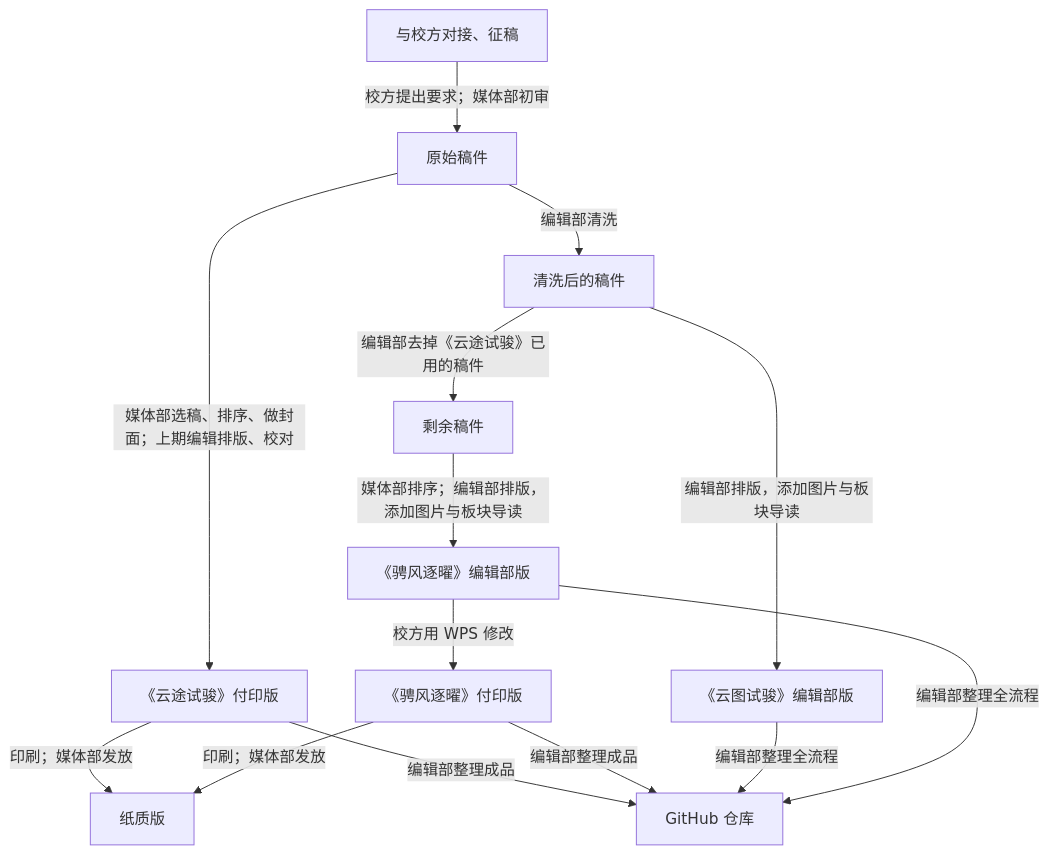
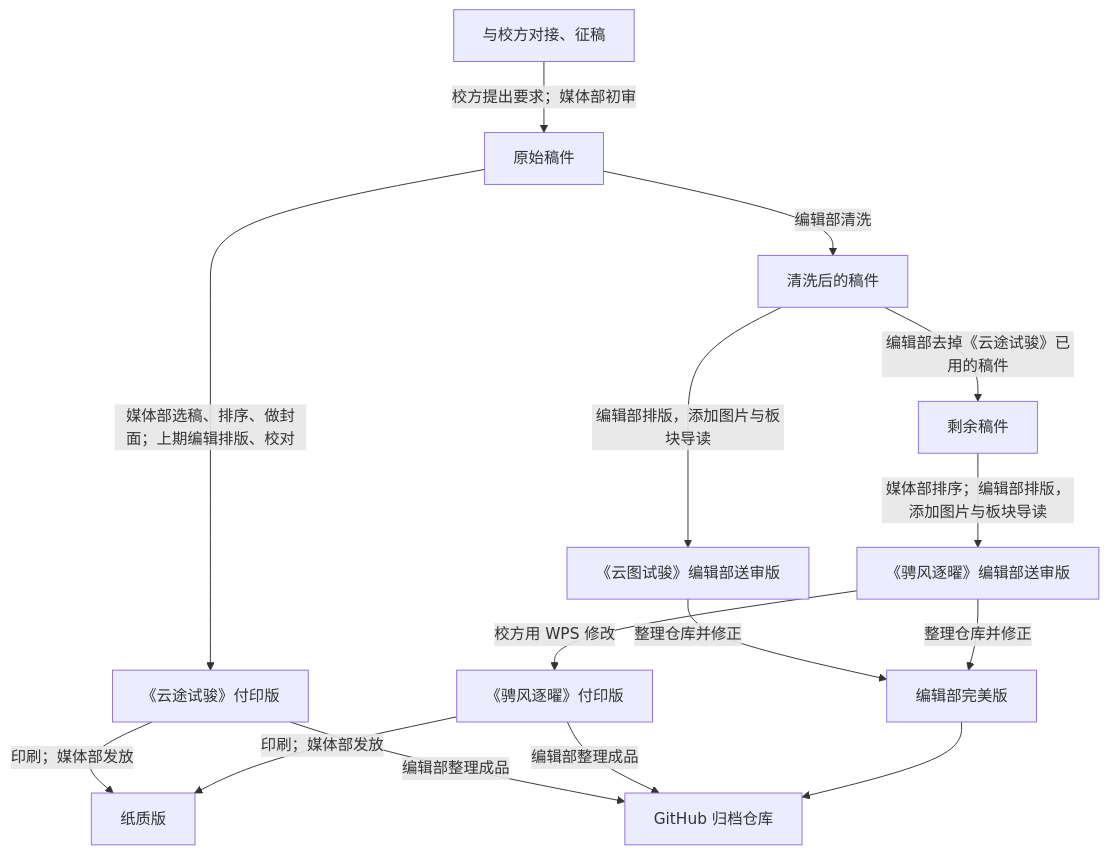
Before and after one commit to Yinzhou-High-School-Campus-Journal/Sports-Day-Issues-2026: the diagram in README.md, drawn with Mermaid. The commit also changed other lines of this file and 1 other file, not shown here.

Commit message:
Separate submitted and perfected editions; describe later corrections
- Flowchart: the editorial editions are now the submitted (送审版)
  versions; repository clean-up and corrections lead to the perfected
  edition (完美版), which goes into the GitHub archive with the print
  files.
- README: state when layout and print files were done, note that the
  later corrections mean the differences are not all the school's, and
  explain the shared articles by how issue 2 was selected.
- The issue 2 comparison lists differences without attributing each one.

Claude-Session: https://claude.ai/code/session_01NRfQCZ9msovfBtPP2iUPRt

````diff
--- a/README.md
+++ b/README.md
@@ -33,17 +33,18 @@
 ```mermaid
 flowchart TD
     S["与校方对接、征稿"] -->|"校方提出要求；媒体部初审"| A["原始稿件"]
 
     A -->|"媒体部选稿、排序、做封面；上期编辑排版、校对"| B["《云途试骏》付印版"]
     A -->|"编辑部清洗"| C["清洗后的稿件"]
 
-    C -->|"编辑部排版，添加图片与板块导读"| D["《云图试骏》编辑部版"]
+    C -->|"编辑部排版，添加图片与板块导读"| D["《云图试骏》编辑部送审版"]
     C -->|"编辑部去掉《云途试骏》已用的稿件"| E["剩余稿件"]
 
-    E -->|"媒体部排序；编辑部排版，添加图片与板块导读"| F["《骋风逐曜》编辑部版"]
+    E -->|"媒体部排序；编辑部排版，添加图片与板块导读"| F["《骋风逐曜》编辑部送审版"]
     F -->|"校方用 WPS 修改"| G["《骋风逐曜》付印版"]
 
     B & G -->|"印刷；媒体部发放"| H["纸质版"]
-    B & G -->|"编辑部整理成品"| I["GitHub 仓库"]
-    D & F -->|"编辑部整理全流程"| I["GitHub 仓库"]
+    D & F -->|"整理仓库并修正"| J["编辑部完美版"]
+    B & G -->|"编辑部整理成品"| I["GitHub 归档仓库"]
+    J --> I
 ```
````
